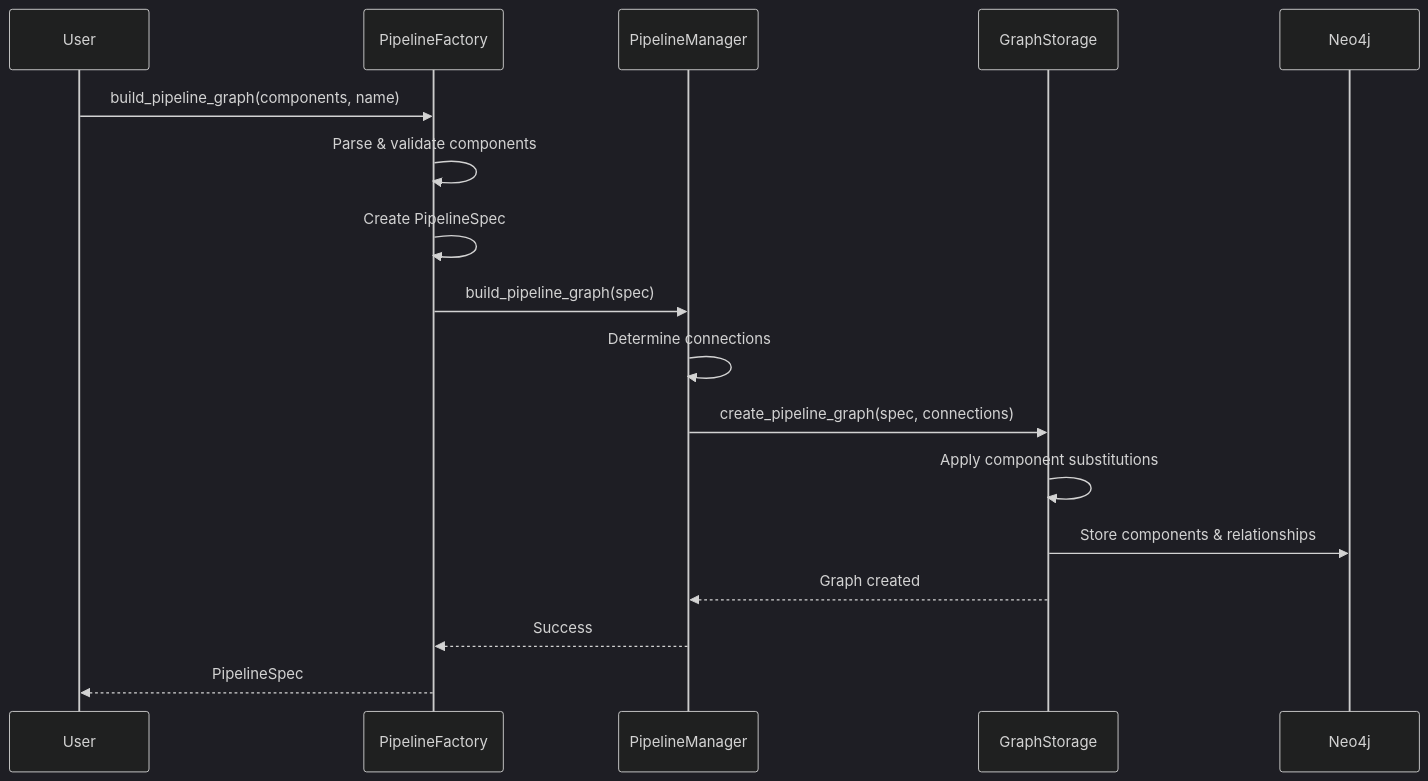
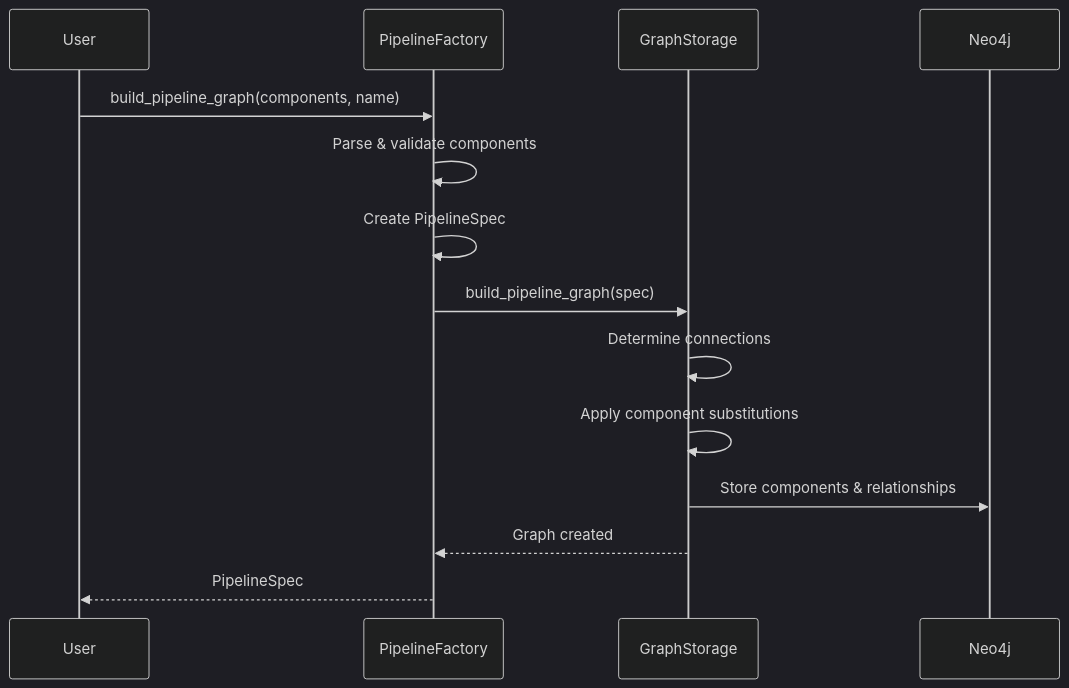
Before and after one commit to arkhai-io/agentic-rag-green: the second of 4 diagrams in agentic_rag/pipeline/README.md, drawn with Mermaid (dark theme). The commit also changed other lines of this file and 5 other files, not shown here.

Commit message:
depdendency: removed PipelineManager and simplied execution workflow

````diff
--- a/agentic_rag/pipeline/README.md
+++ b/agentic_rag/pipeline/README.md
@@ -106,20 +102,17 @@
 ```mermaid
 sequenceDiagram
     participant U as User
     participant F as PipelineFactory
-    participant M as PipelineManager
     participant S as GraphStorage
     participant N as Neo4j
 
     U->>F: build_pipeline_graph(components, name)
     F->>F: Parse & validate components
     F->>F: Create PipelineSpec
-    F->>M: build_pipeline_graph(spec)
-    M->>M: Determine connections
-    M->>S: create_pipeline_graph(spec, connections)
+    F->>S: build_pipeline_graph(spec)
+    S->>S: Determine connections
     S->>S: Apply component substitutions
     S->>N: Store components & relationships
-    S-->>M: Graph created
-    M-->>F: Success
+    S-->>F: Graph created
     F-->>U: PipelineSpec
 ```
````
